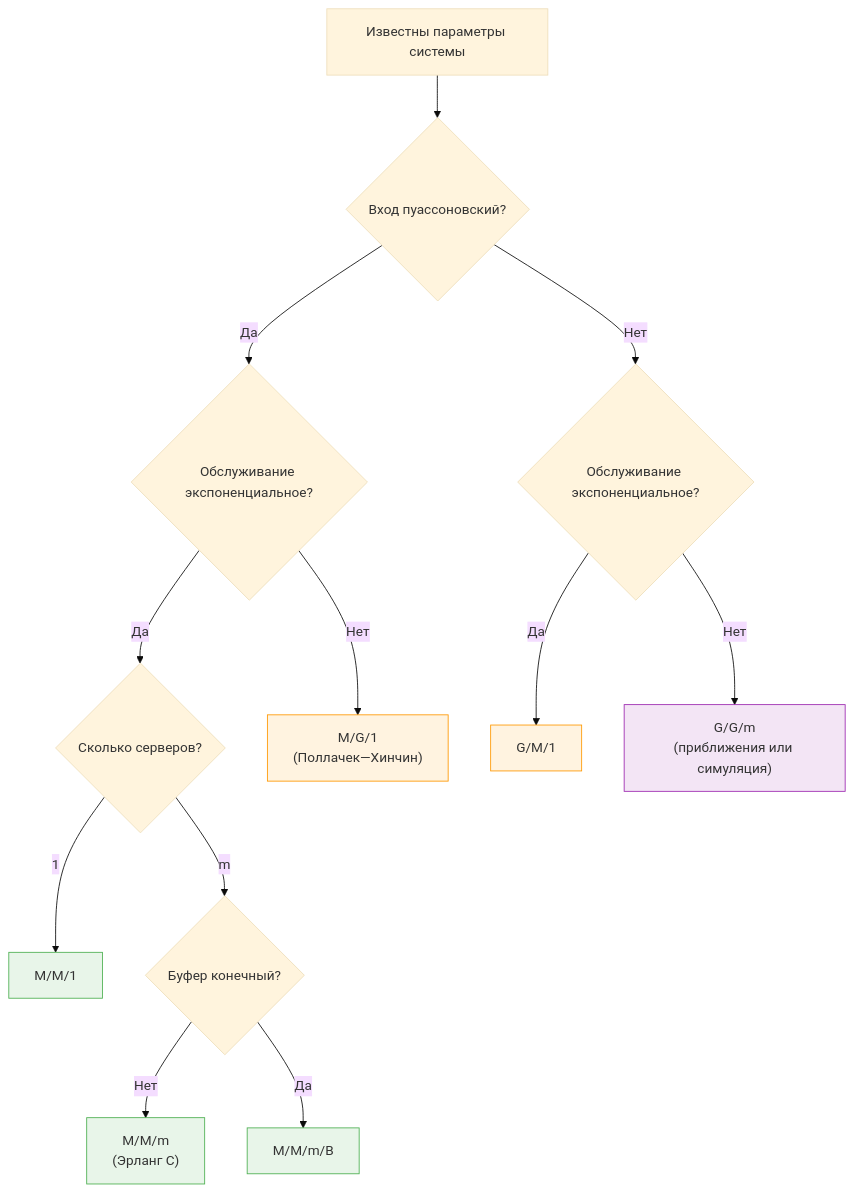
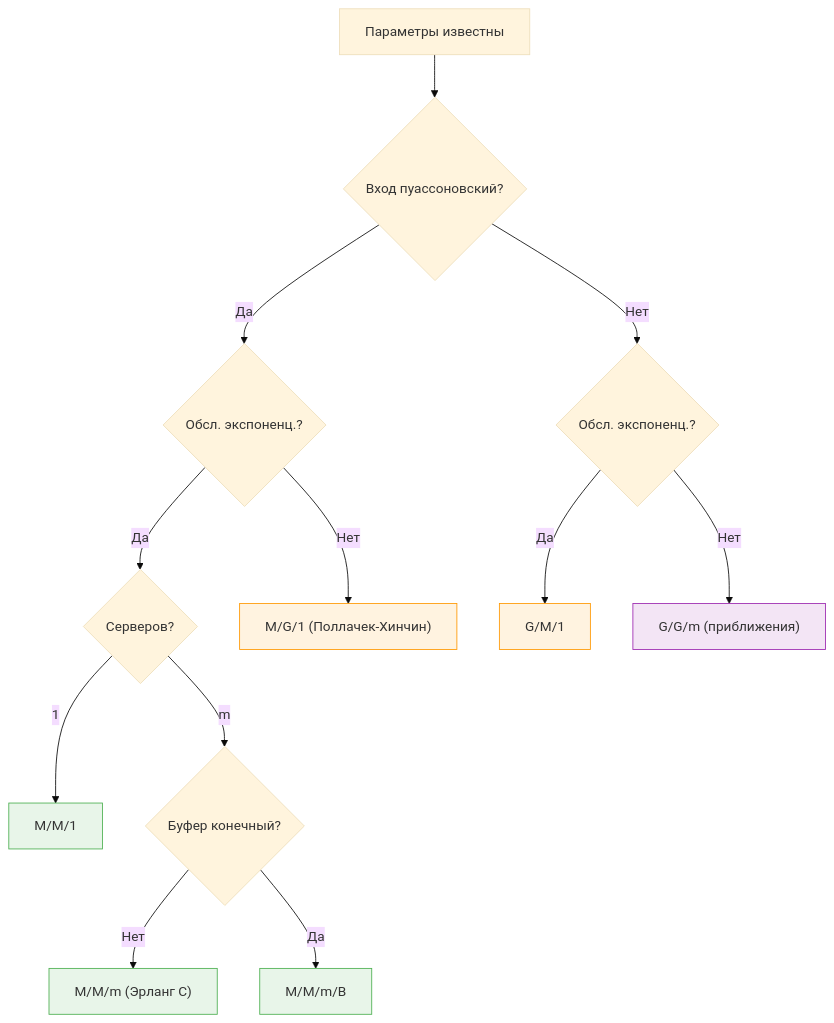
Before and after one commit to stareeg/simulation-modeling-notes: the third of 3 diagrams in docs/07-single-queue.md, drawn with Mermaid (base theme). The commit also changed other lines of this file and 14 other files, not shown here.

````diff
--- a/docs/07-single-queue.md
+++ b/docs/07-single-queue.md
@@ -424,21 +436,21 @@
 ```mermaid
 flowchart TD
-    A["Известны параметры системы"] --> B{"Вход пуассоновский?"}
-    B -->|Да| C{"Обслуживание экспоненциальное?"}
-    B -->|Нет| D{"Обслуживание экспоненциальное?"}
-    C -->|Да| E{"Сколько серверов?"}
-    C -->|Нет| F["M/G/1\n(Поллачек—Хинчин)"]
+    A["Параметры известны"] --> B{"Вход пуассоновский?"}
+    B -->|Да| C{"Обсл. экспоненц.?"}
+    B -->|Нет| D{"Обсл. экспоненц.?"}
+    C -->|Да| E{"Серверов?"}
+    C -->|Нет| F["M/G/1 (Поллачек-Хинчин)"]
     D -->|Да| G["G/M/1"]
-    D -->|Нет| H["G/G/m\n(приближения или симуляция)"]
+    D -->|Нет| H["G/G/m (приближения)"]
     E -->|1| I["M/M/1"]
     E -->|m| J{"Буфер конечный?"}
-    J -->|Нет| K["M/M/m\n(Эрланг C)"]
+    J -->|Нет| K["M/M/m (Эрланг C)"]
     J -->|Да| L["M/M/m/B"]
 
     style I fill:#e8f5e9,stroke:#4CAF50
     style K fill:#e8f5e9,stroke:#4CAF50
     style L fill:#e8f5e9,stroke:#4CAF50
     style F fill:#fff3e0,stroke:#FF9800
     style G fill:#fff3e0,stroke:#FF9800
     style H fill:#f3e5f5,stroke:#9C27B0
 ```
````
